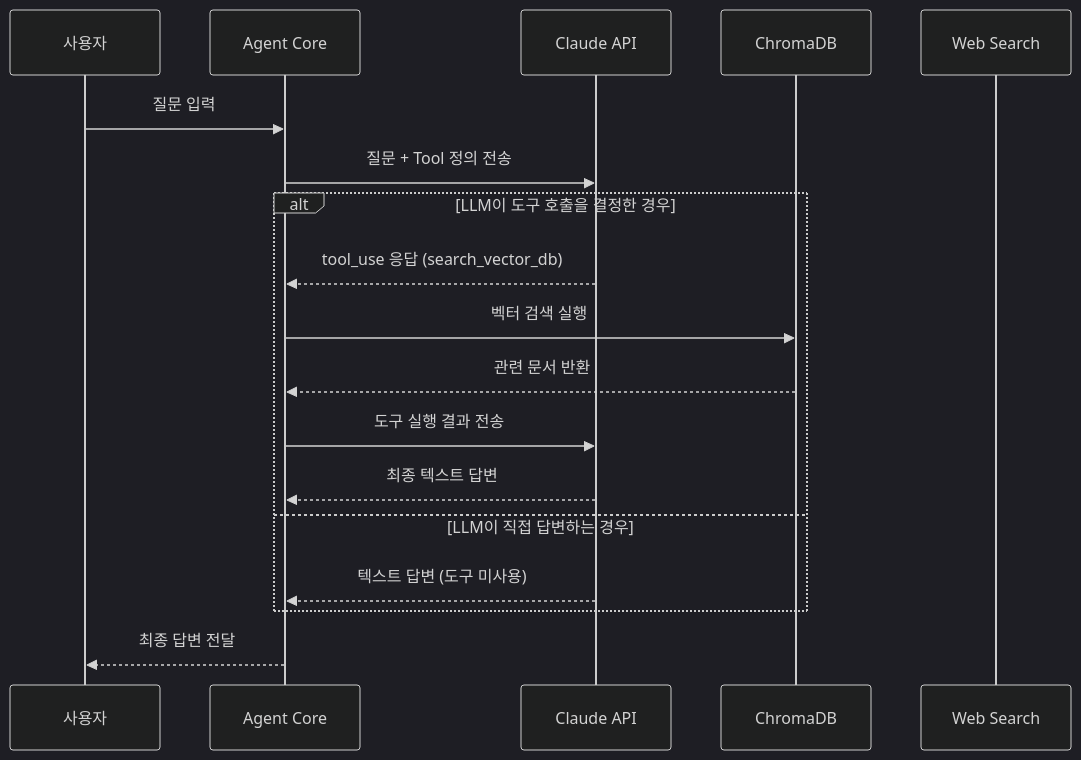
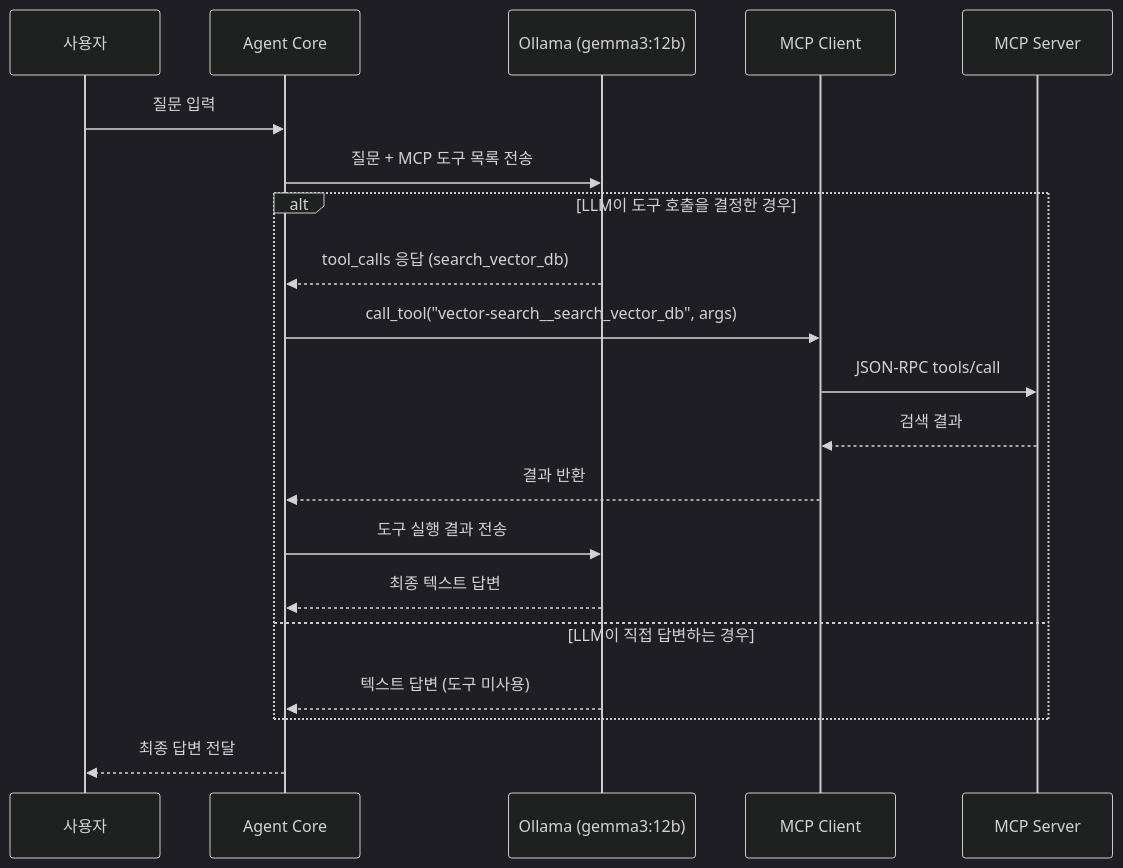
Before and after one commit to laurus-kpa007/agentic-rag-bot: the first of 6 diagrams in docs/implementation-guide.md, drawn with Mermaid (dark theme). The commit also changed other lines of this file and 4 other files, not shown here.

First line of the commit message:
docs: Ollama + MCP 통합 설계 반영 및 전체 문서 업데이트

````diff
--- a/docs/implementation-guide.md
+++ b/docs/implementation-guide.md
@@ -32,23 +41,25 @@
 ```mermaid
 sequenceDiagram
     participant User as 사용자
     participant Agent as Agent Core
-    participant Claude as Claude API
-    participant VDB as ChromaDB
-    participant Web as Web Search
+    participant LLM as Ollama (gemma3:12b)
+    participant MCP as MCP Client
+    participant Server as MCP Server
 
     User->>Agent: 질문 입력
-    Agent->>Claude: 질문 + Tool 정의 전송
+    Agent->>LLM: 질문 + MCP 도구 목록 전송
 
     alt LLM이 도구 호출을 결정한 경우
-        Claude-->>Agent: tool_use 응답 (search_vector_db)
-        Agent->>VDB: 벡터 검색 실행
-        VDB-->>Agent: 관련 문서 반환
-        Agent->>Claude: 도구 실행 결과 전송
-        Claude-->>Agent: 최종 텍스트 답변
+        LLM-->>Agent: tool_calls 응답 (search_vector_db)
+        Agent->>MCP: call_tool("vector-search__search_vector_db", args)
+        MCP->>Server: JSON-RPC tools/call
+        Server-->>MCP: 검색 결과
+        MCP-->>Agent: 결과 반환
+        Agent->>LLM: 도구 실행 결과 전송
+        LLM-->>Agent: 최종 텍스트 답변
     else LLM이 직접 답변하는 경우
-        Claude-->>Agent: 텍스트 답변 (도구 미사용)
+        LLM-->>Agent: 텍스트 답변 (도구 미사용)
     end
 
     Agent-->>User: 최종 답변 전달
 ```
````
